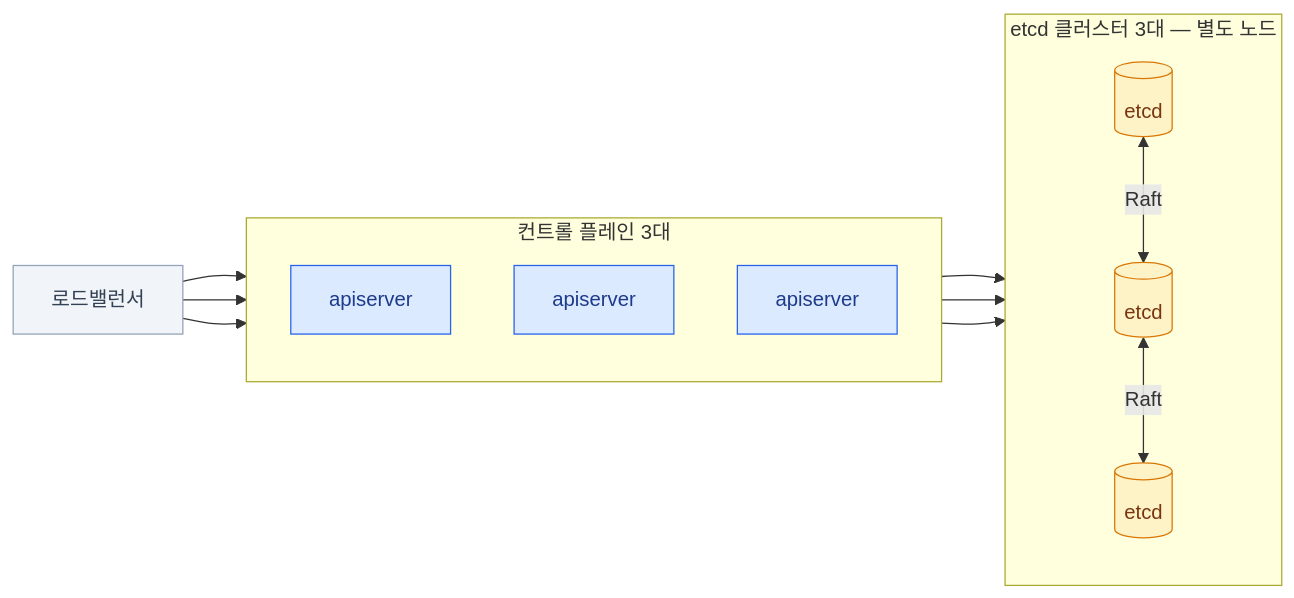
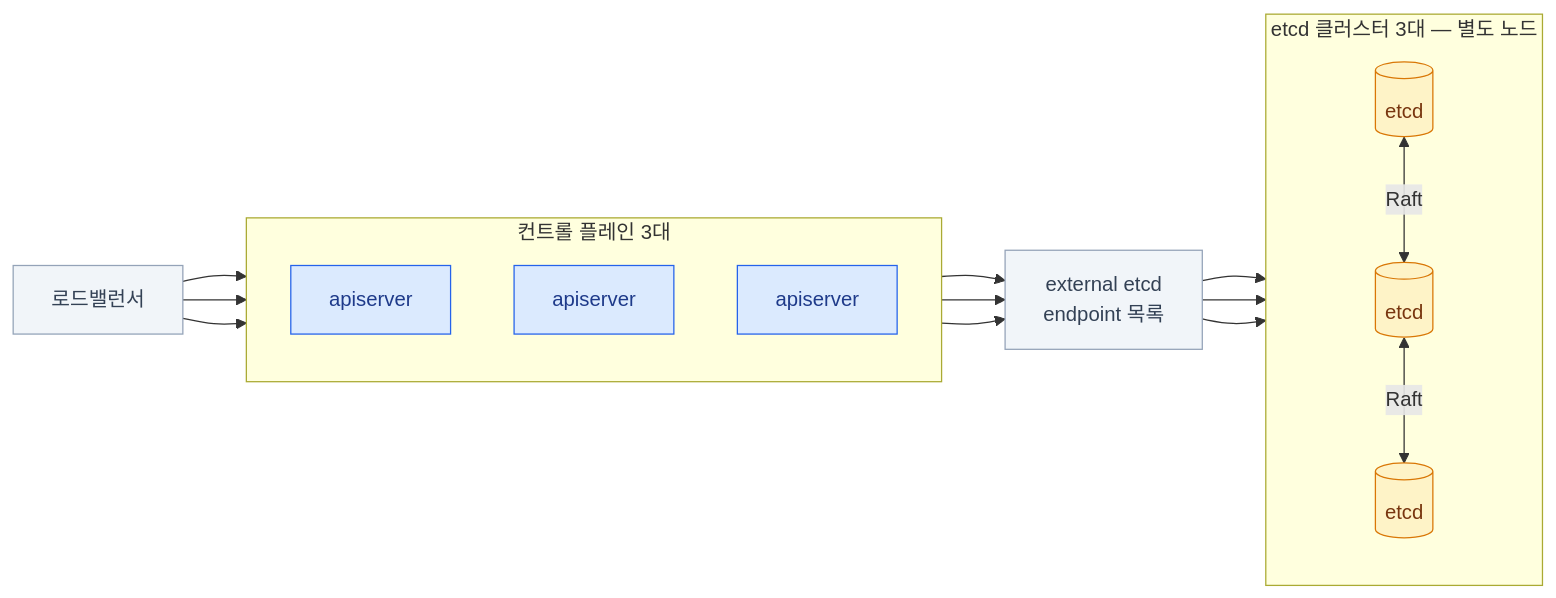
The eighth of 9 diagrams in src/content/docs/cka/15-cluster-lifecycle.mdx (mechurak/study-starlight), drawn with Mermaid before and after one commit. The commit also changed other lines of this file and 16 other files, not shown here.

````diff
--- a/src/content/docs/cka/15-cluster-lifecycle.mdx
+++ b/src/content/docs/cka/15-cluster-lifecycle.mdx
@@ -780,31 +780,35 @@
 ```mermaid
 flowchart LR
     LB["로드밸런서"]
     subgraph CP["컨트롤 플레인 3대"]
       direction TB
       A1["apiserver"]
       A2["apiserver"]
       A3["apiserver"]
     end
     subgraph ET["etcd 클러스터 3대 — 별도 노드"]
       direction TB
       E1[("etcd")]
       E2[("etcd")]
       E3[("etcd")]
     end
+    X["external etcd<br/>endpoint 목록"]
     LB --> A1
     LB --> A2
     LB --> A3
-    A1 --> E1
-    A2 --> E2
-    A3 --> E3
+    A1 --> X
+    A2 --> X
+    A3 --> X
+    X --> E1
+    X --> E2
+    X --> E3
     E1 <-->|"Raft"| E2
     E2 <-->|"Raft"| E3
 
     classDef api fill:#dbeafe,stroke:#2563eb,color:#1e3a8a
     classDef db fill:#fef3c7,stroke:#d97706,color:#78350f
     classDef mute fill:#f1f5f9,stroke:#94a3b8,color:#334155
     class A1,A2,A3 api
     class E1,E2,E3 db
-    class LB mute
+    class LB,X mute
 ```
````
